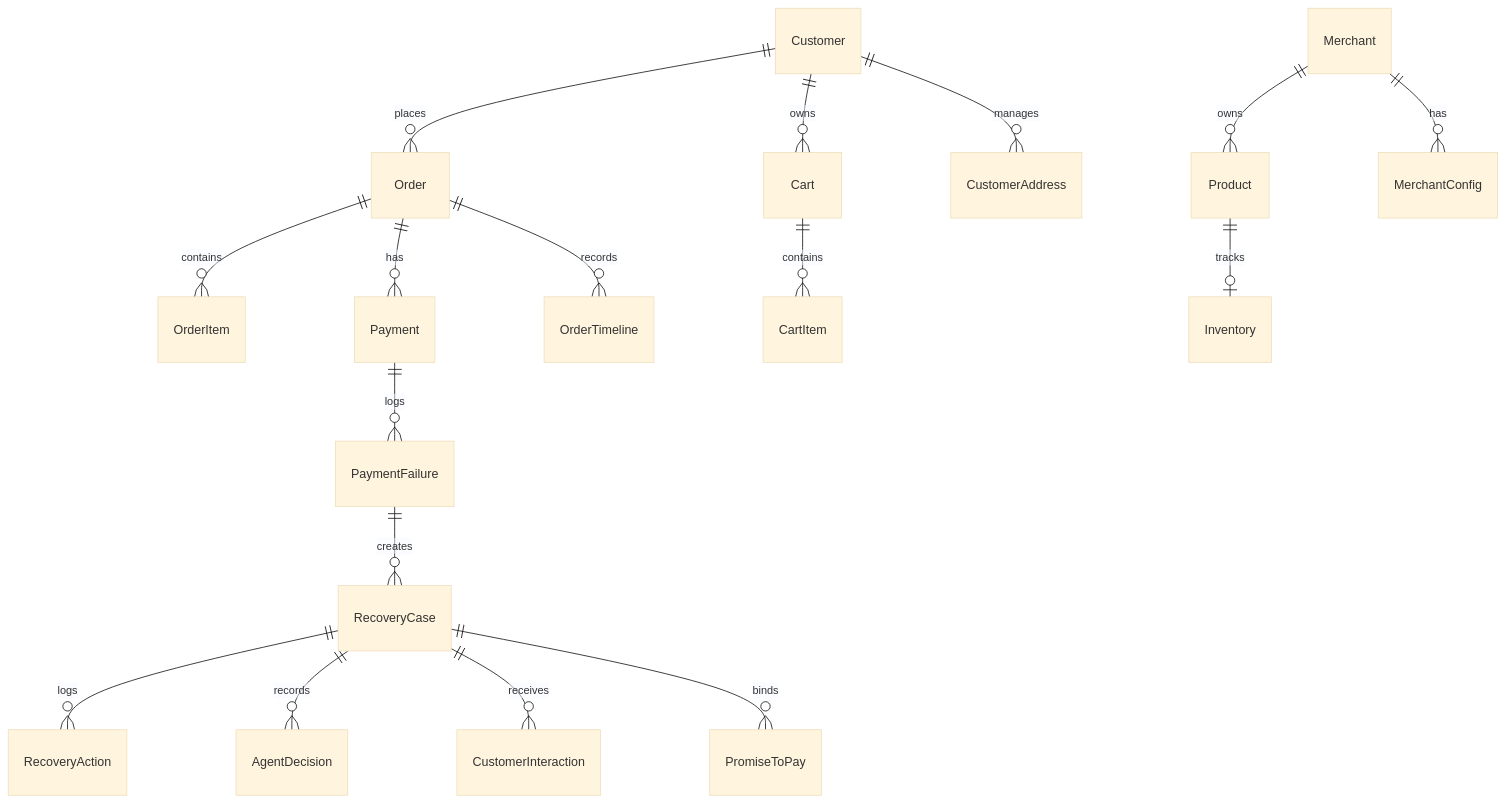
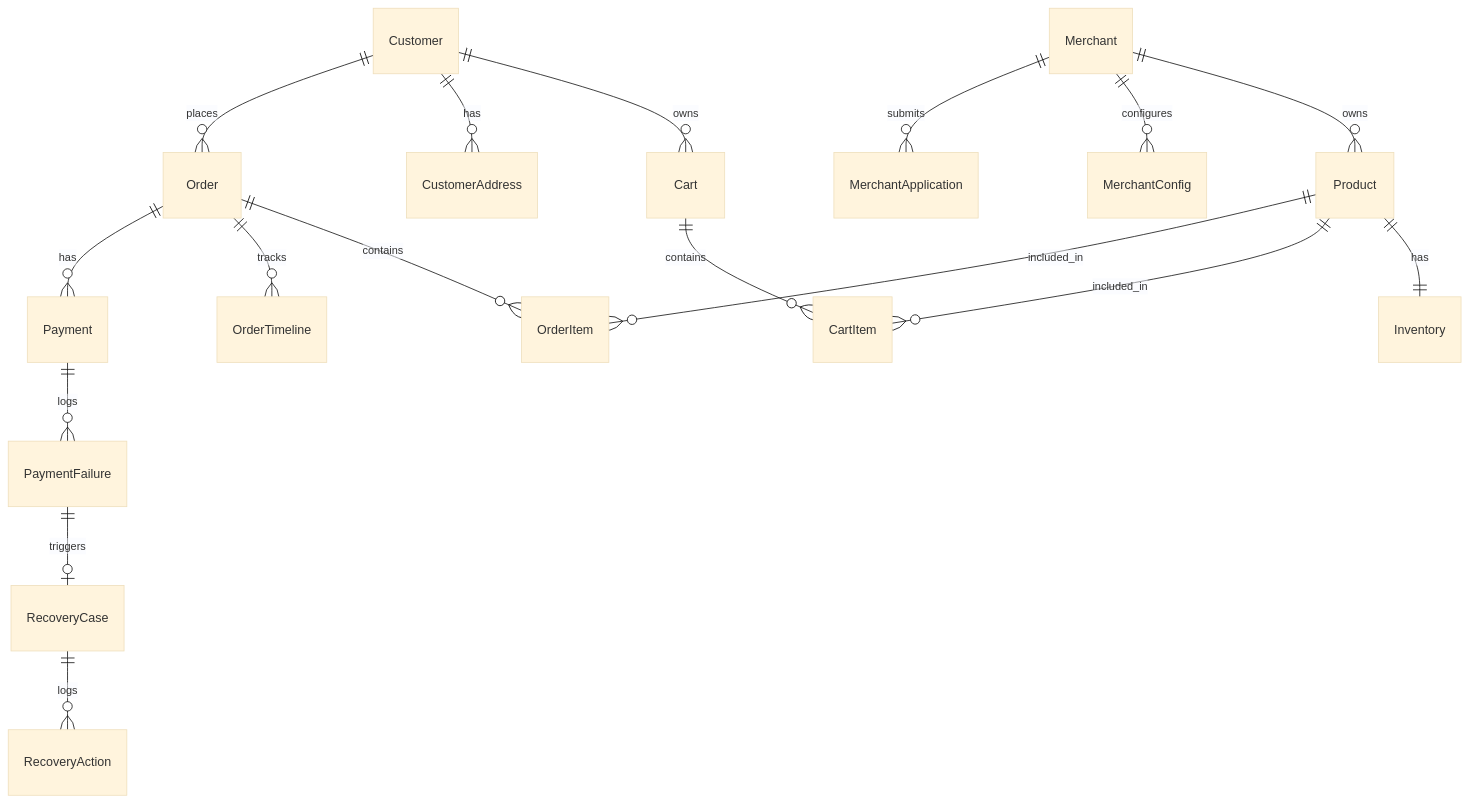
The diagram in README.md (NematSachdeva/RazorShop), drawn with Mermaid (base theme) before and after one commit. The commit also changed other lines of this file, not shown here.

````diff
--- a/README.md
+++ b/README.md
@@ -334,19 +355,19 @@
 ```mermaid
 erDiagram
+    Customer ||--o{ Cart : owns
+    Customer ||--o{ CustomerAddress : has
     Customer ||--o{ Order : places
-    Customer ||--o{ Cart : owns
-    Customer ||--o{ CustomerAddress : manages
     Merchant ||--o{ Product : owns
-    Merchant ||--o{ MerchantConfig : has
-    Product ||--o| Inventory : tracks
+    Merchant ||--o{ MerchantConfig : configures
+    Merchant ||--o{ MerchantApplication : submits
+    Product ||--|| Inventory : has
     Cart ||--o{ CartItem : contains
+    Product ||--o{ CartItem : included_in
     Order ||--o{ OrderItem : contains
+    Product ||--o{ OrderItem : included_in
+    Order ||--o{ OrderTimeline : tracks
     Order ||--o{ Payment : has
-    Order ||--o{ OrderTimeline : records
     Payment ||--o{ PaymentFailure : logs
-    PaymentFailure ||--o{ RecoveryCase : creates
+    PaymentFailure ||--o| RecoveryCase : triggers
     RecoveryCase ||--o{ RecoveryAction : logs
-    RecoveryCase ||--o{ AgentDecision : records
-    RecoveryCase ||--o{ CustomerInteraction : receives
-    RecoveryCase ||--o{ PromiseToPay : binds
 ```
````
